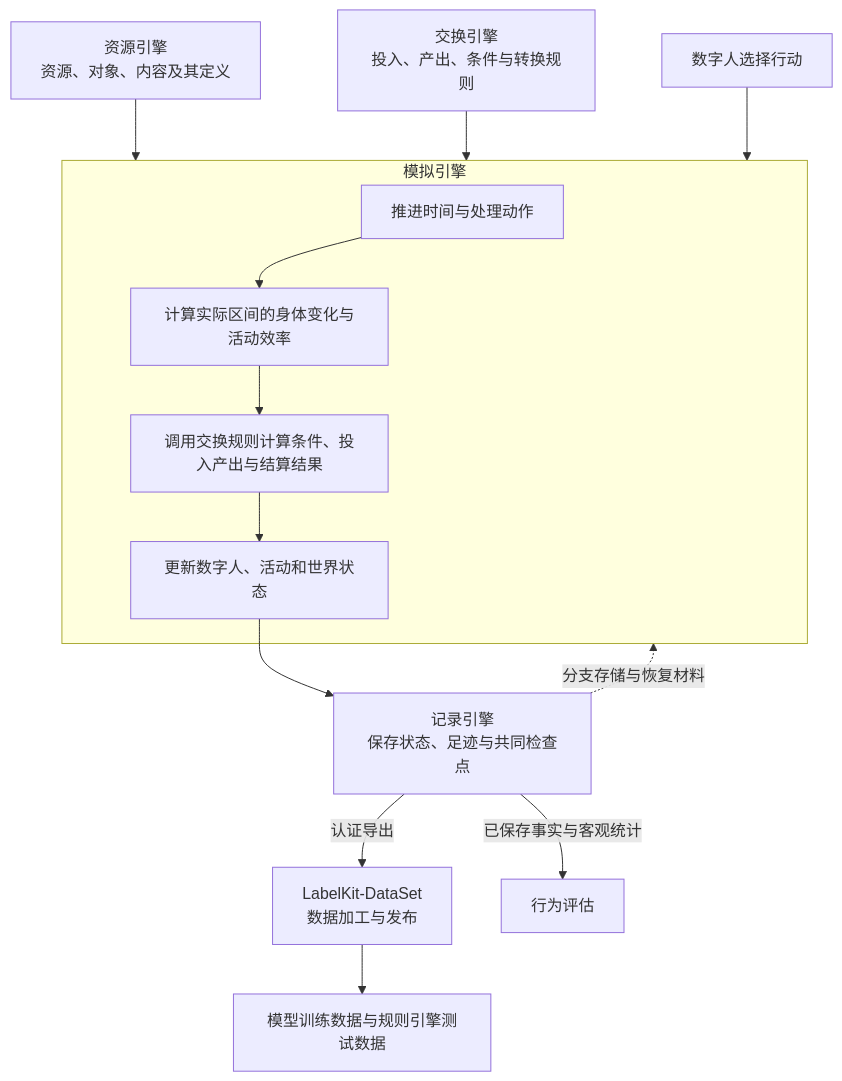
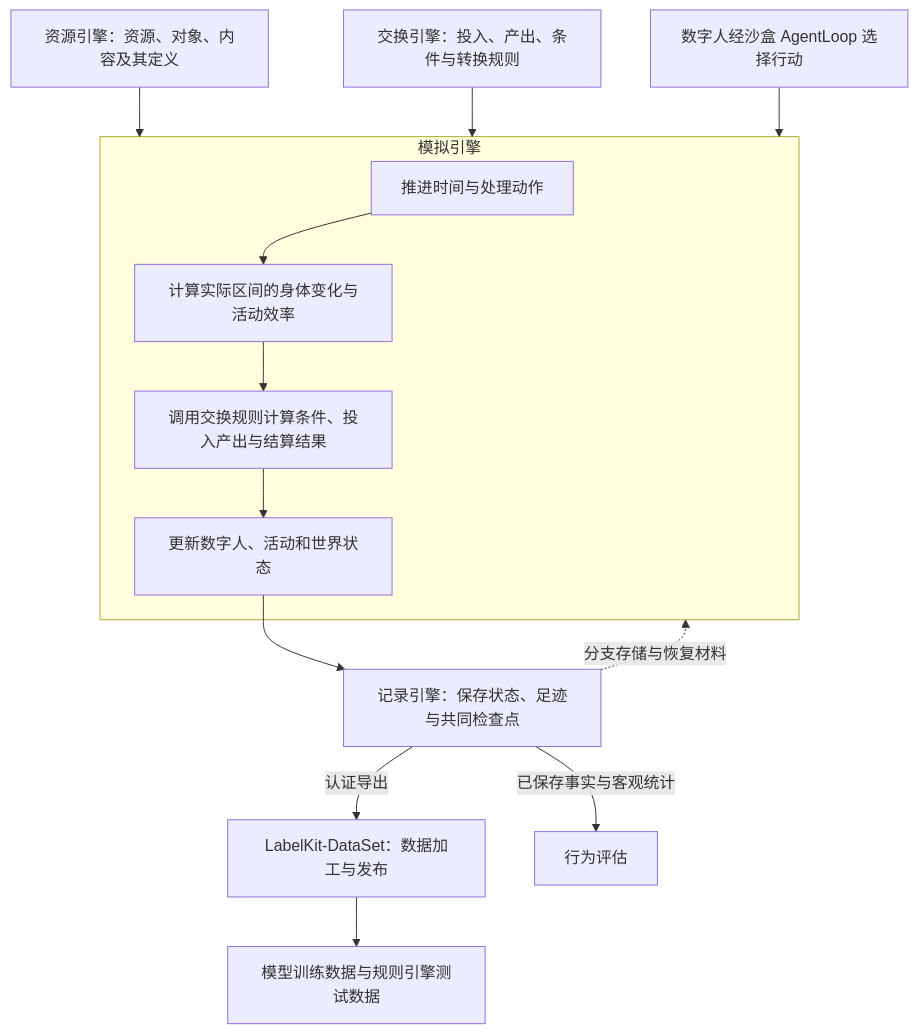
The first of 5 diagrams in docs/design/01-architecture.md (HoldThatThgt/WorldMock), drawn with Mermaid before and after one commit. The commit also changed other lines of this file and 19 other files, not shown here.

````diff
--- a/docs/design/01-architecture.md
+++ b/docs/design/01-architecture.md
@@ -31,16 +31,16 @@
 ```mermaid
 flowchart TB
-    R[资源引擎<br/>资源、对象、内容及其定义] --> S
-    X[交换引擎<br/>投入、产出、条件与转换规则] --> S
-    A[数字人选择行动] --> S
-    subgraph S[模拟引擎]
-        T[推进时间与处理动作] --> B[计算实际区间的身体变化与活动效率]
-        B --> C[调用交换规则计算条件、投入产出与结算结果]
-        C --> W[更新数字人、活动和世界状态]
+    R["资源引擎：资源、对象、内容及其定义"] --> S
+    X["交换引擎：投入、产出、条件与转换规则"] --> S
+    A["数字人经沙盒 AgentLoop 选择行动"] --> S
+    subgraph S["模拟引擎"]
+        T["推进时间与处理动作"] --> B["计算实际区间的身体变化与活动效率"]
+        B --> C["调用交换规则计算条件、投入产出与结算结果"]
+        C --> W["更新数字人、活动和世界状态"]
     end
-    W --> F[记录引擎<br/>保存状态、足迹与共同检查点]
-    F -->|认证导出| D[LabelKit-DataSet<br/>数据加工与发布]
-    F -->|已保存事实与客观统计| E[行为评估]
-    F -.->|分支存储与恢复材料| S
-    D --> O[模型训练数据与规则引擎测试数据]
+    W --> F["记录引擎：保存状态、足迹与共同检查点"]
+    F -->|"认证导出"| D["LabelKit-DataSet：数据加工与发布"]
+    F -->|"已保存事实与客观统计"| E["行为评估"]
+    F -.->|"分支存储与恢复材料"| S
+    D --> O["模型训练数据与规则引擎测试数据"]
 ```
````
